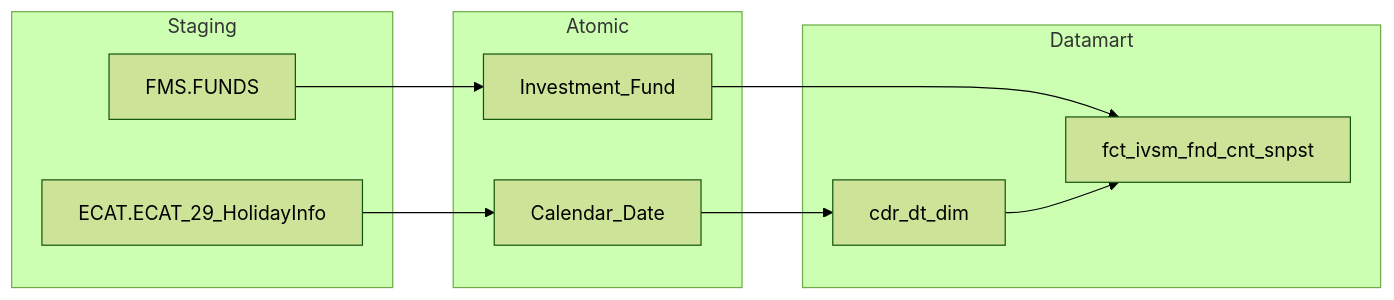
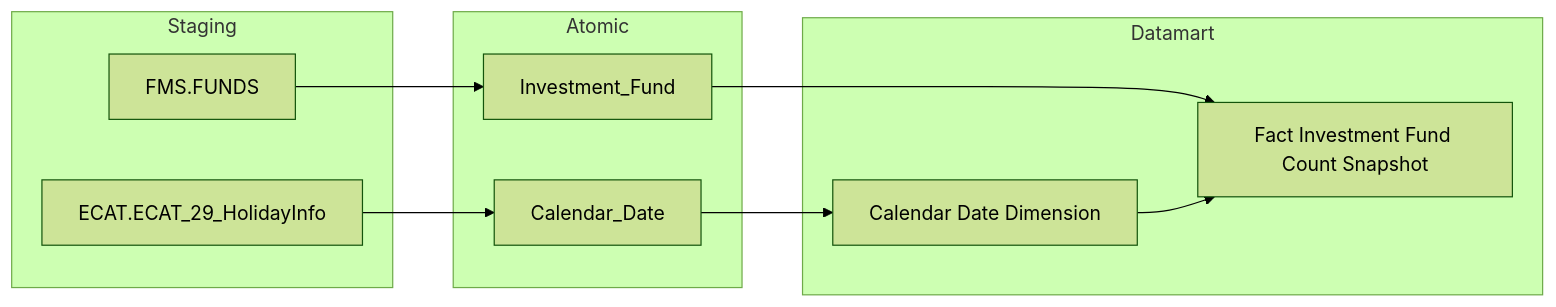
The fifth of 9 diagrams in docs/output/datamart/FMS/DTM_FMS_PTTK.md (linhlvit/ubck_atomic_design), drawn with Mermaid (forest theme) before and after one commit. The commit also changed other lines of this file and 2 other files, not shown here.

````diff
--- a/docs/output/datamart/FMS/DTM_FMS_PTTK.md
+++ b/docs/output/datamart/FMS/DTM_FMS_PTTK.md
@@ -261,20 +261,20 @@
 ```mermaid
 flowchart LR
   subgraph Staging
     FMS_FUNDS["FMS.FUNDS"]
     ECAT_ECAT_29_HolidayInfo["ECAT.ECAT_29_HolidayInfo"]
   end
   subgraph Atomic
     Investment_Fund
     Calendar_Date
   end
   subgraph Datamart
-    fct_ivsm_fnd_cnt_snpst
-    cdr_dt_dim
+    fct_ivsm_fnd_cnt_snpst["Fact Investment Fund Count Snapshot"]
+    cdr_dt_dim["Calendar Date Dimension"]
   end
   FMS_FUNDS --> Investment_Fund
   ECAT_ECAT_29_HolidayInfo --> Calendar_Date
   Investment_Fund --> fct_ivsm_fnd_cnt_snpst
   Calendar_Date --> cdr_dt_dim
   cdr_dt_dim --> fct_ivsm_fnd_cnt_snpst
 ```
````
